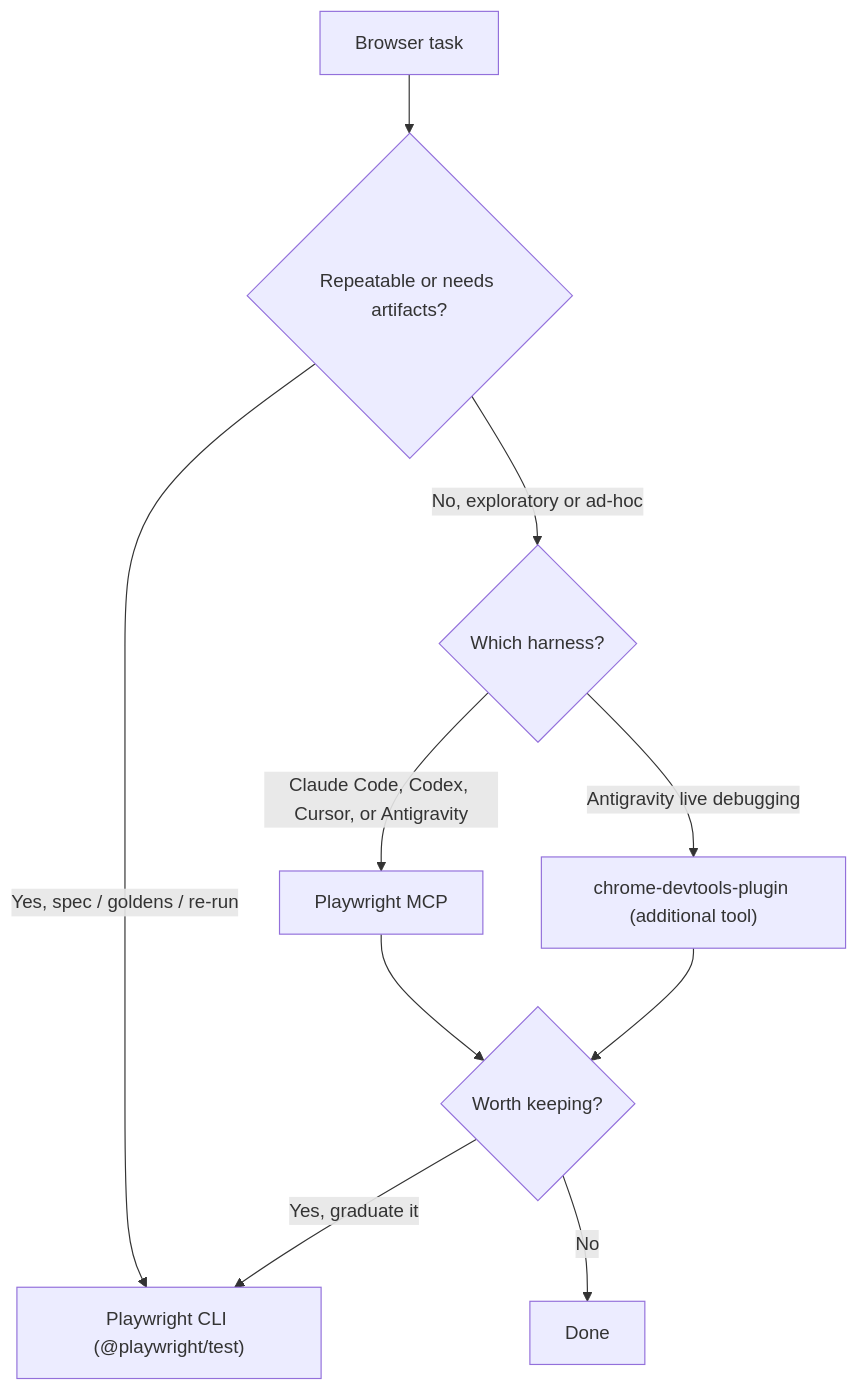
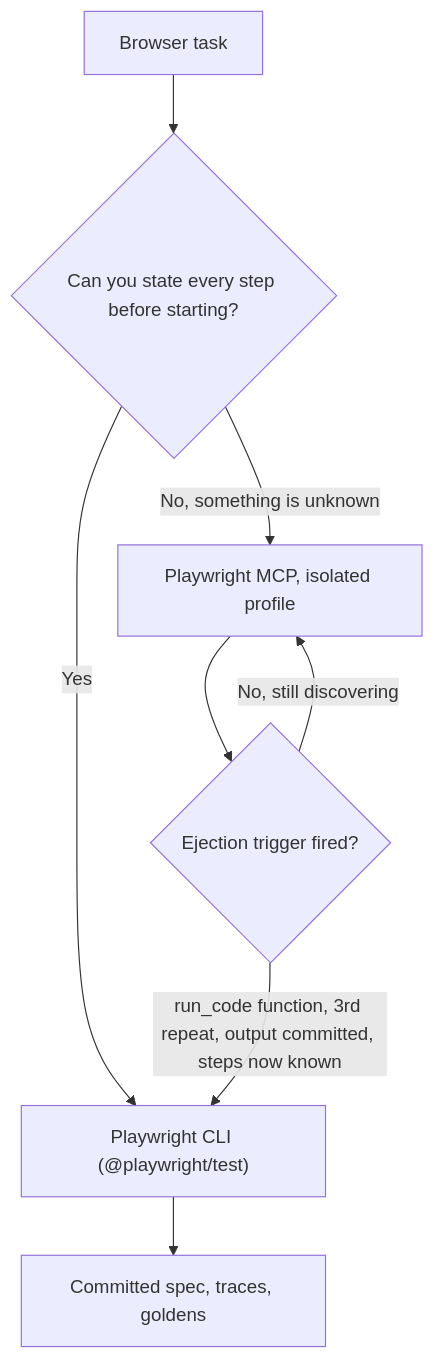
One commit to carlosboeing/agentic-toolkit changed the diagram in guides/guide-browser-automation-mcp-vs-cli.md. Above: the diagram before and after it, drawn with Mermaid. The commit also changed other lines of this file and 1 other file, not shown here.

First line of the commit message:
docs(browser-automation): isolate Playwright MCP profiles, rewrite MCP vs CLI routing

````diff
--- a/guides/guide-browser-automation-mcp-vs-cli.md
+++ b/guides/guide-browser-automation-mcp-vs-cli.md
@@ -153,12 +232,10 @@
 ```mermaid
 flowchart TD
-    A["Browser task"] --> B{"Repeatable or needs artifacts?"}
-    B -->|"Yes, spec / goldens / re-run"| D["Playwright CLI (@playwright/test)"]
-    B -->|"No, exploratory or ad-hoc"| C{"Which harness?"}
-    C -->|"Claude Code, Codex, Cursor, or Antigravity"| E["Playwright MCP"]
-    C -->|"Antigravity live debugging"| F["chrome-devtools-plugin (additional tool)"]
-    E --> G{"Worth keeping?"}
-    F --> G
-    G -->|"Yes, graduate it"| D
-    G -->|"No"| H["Done"]
+    A["Browser task"] --> B{"Can you state every step before starting?"}
+    B -->|"Yes"| D["Playwright CLI (@playwright/test)"]
+    B -->|"No, something is unknown"| E["Playwright MCP, isolated profile"]
+    E --> G{"Ejection trigger fired?"}
+    G -->|"run_code function, 3rd repeat, output committed, steps now known"| D
+    G -->|"No, still discovering"| E
+    D --> H["Committed spec, traces, goldens"]
 ```
````
